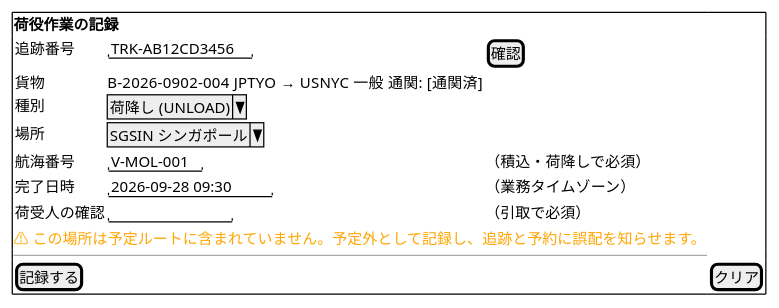
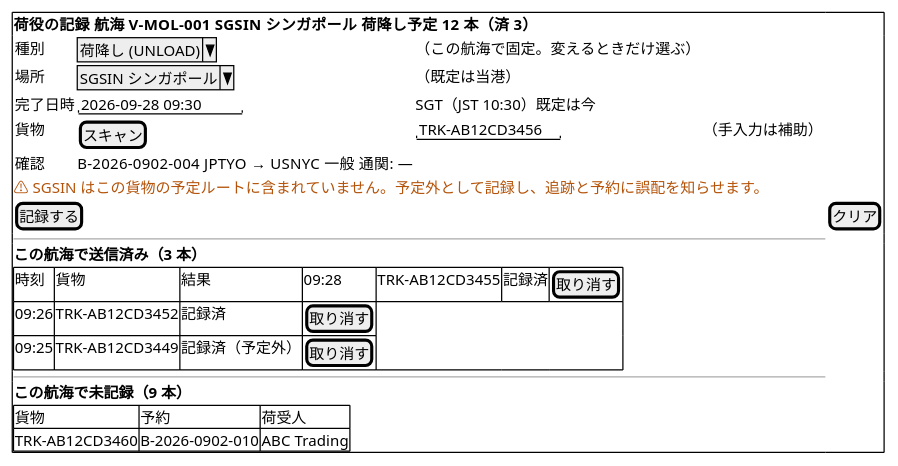
Before and after one commit to k2works/case-study-cargo-tracker: diagram 12 of 20 in docs/design/cargo-tracker/ui_design.md, drawn with PlantUML. The commit also changed other lines of this file and 18 other files, not shown here.

````diff
--- a/docs/design/cargo-tracker/ui_design.md
+++ b/docs/design/cargo-tracker/ui_design.md
@@ -436,19 +582,30 @@
 ```plantuml
 @startsalt
 {+
-  <b>荷役作業の記録
+  <b>荷役の記録  航海 V-MOL-001  SGSIN シンガポール  荷降し予定 12 本（済 3）
   {
-    追跡番号 | "TRK-AB12CD3456" | [確認]
-    貨物 | B-2026-0902-004  JPTYO → USNYC  一般  通関: [通関済]
-    種別 | ^荷降し (UNLOAD)^
-    場所 | ^SGSIN シンガポール^
-    航海番号 | "V-MOL-001" | （積込・荷降しで必須）
-    完了日時 | "2026-09-28 09:30" | （業務タイムゾーン）
-    荷受人の確認 | "            " | （引取で必須）
+    種別 | ^荷降し (UNLOAD)^ | （この航海で固定。変えるときだけ選ぶ）
+    場所 | ^SGSIN シンガポール^ | （既定は当港）
+    完了日時 | "2026-09-28 09:30" | SGT（JST 10:30）既定は今
+    貨物 | [スキャン] | "TRK-AB12CD3456" | （手入力は補助）
+    確認 | B-2026-0902-004  JPTYO → USNYC  一般  通関: —
   }
-  <color:orange>⚠ この場所は予定ルートに含まれていません。予定外として記録し、追跡と予約に誤配を知らせます。</color>
+  <color:#B45309>⚠ SGSIN はこの貨物の予定ルートに含まれていません。予定外として記録し、追跡と予約に誤配を知らせます。</color>
+  [記録する] | [クリア]
   ---
-  [記録する] | [クリア]
+  <b>この航海で送信済み（3 本）
+  {#
+    時刻 | 貨物 | 結果 |
+    09:28 | TRK-AB12CD3455 | 記録済 | [取り消す]
+    09:26 | TRK-AB12CD3452 | 記録済 | [取り消す]
+    09:25 | TRK-AB12CD3449 | 記録済（予定外） | [取り消す]
+  }
+  ---
+  <b>この航海で未記録（9 本）
+  {#
+    貨物 | 予約 | 荷受人
+    TRK-AB12CD3460 | B-2026-0902-010 | ABC Trading
+  }
 }
 @endsalt
 ```
````
